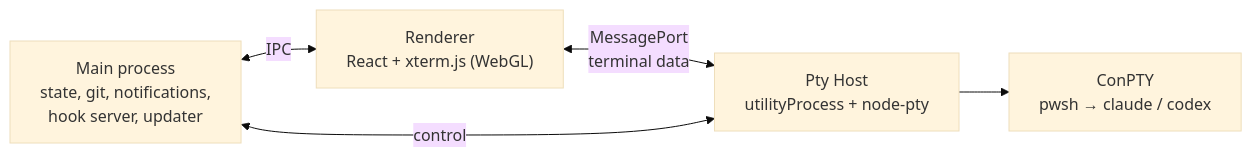
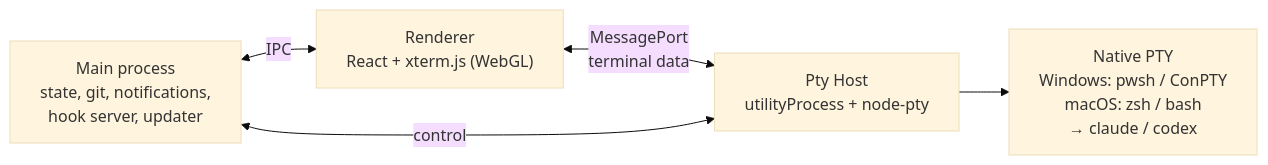
One commit to adamejzak/ajzakomator changed the diagram in README.md. Above: the diagram before and after it, drawn with Mermaid (base theme). The commit also changed other lines of this file and 16 other files, not shown here.

Commit message:
release: prepare 0.3.0 for Windows and macOS

````diff
--- a/README.md
+++ b/README.md
@@ -116,7 +132,7 @@
 ```mermaid
 flowchart LR
   R["Renderer<br/>React + xterm.js (WebGL)"] <-- "MessagePort<br/>terminal data" --> H["Pty Host<br/>utilityProcess + node-pty"]
   M["Main process<br/>state, git, notifications,<br/>hook server, updater"] <-- IPC --> R
   M <-- control --> H
-  H --> T["ConPTY<br/>pwsh → claude / codex"]
+  H --> T["Native PTY<br/>Windows: pwsh / ConPTY<br/>macOS: zsh / bash<br/>→ claude / codex"]
 ```
````
